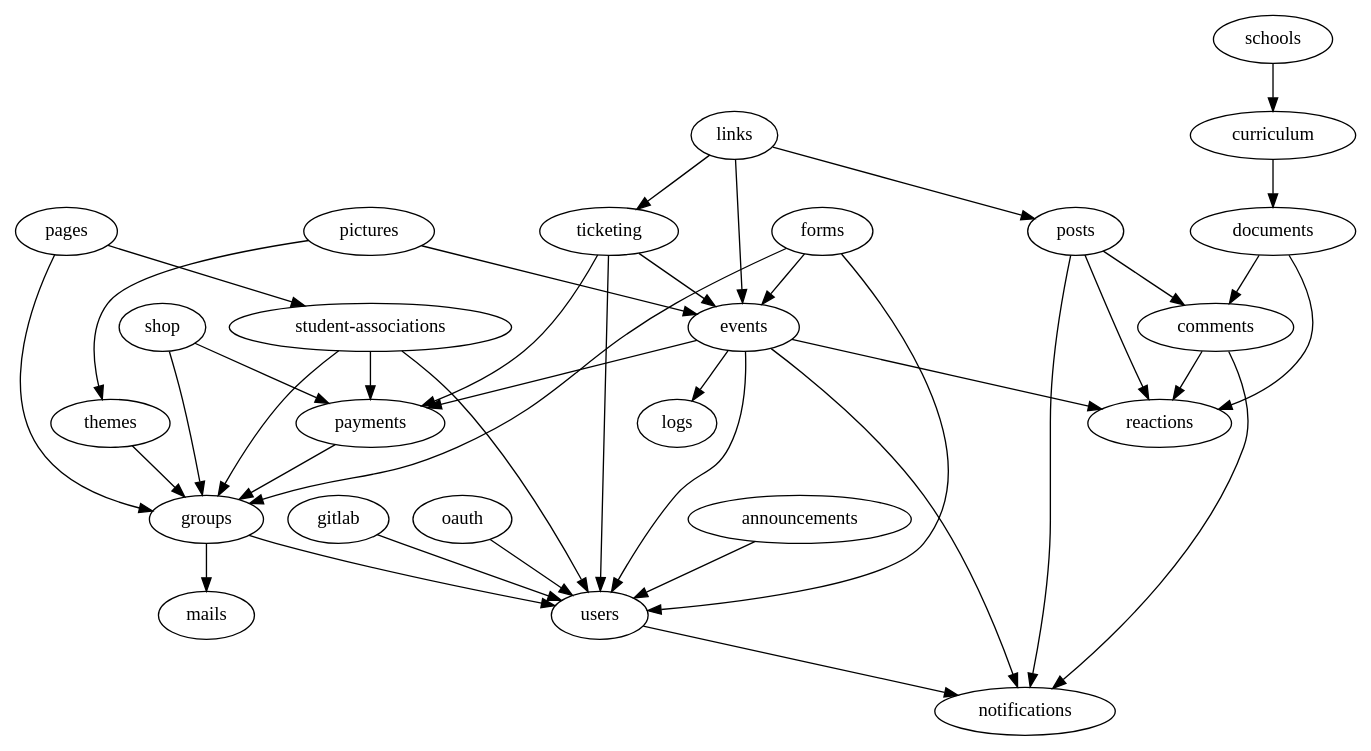
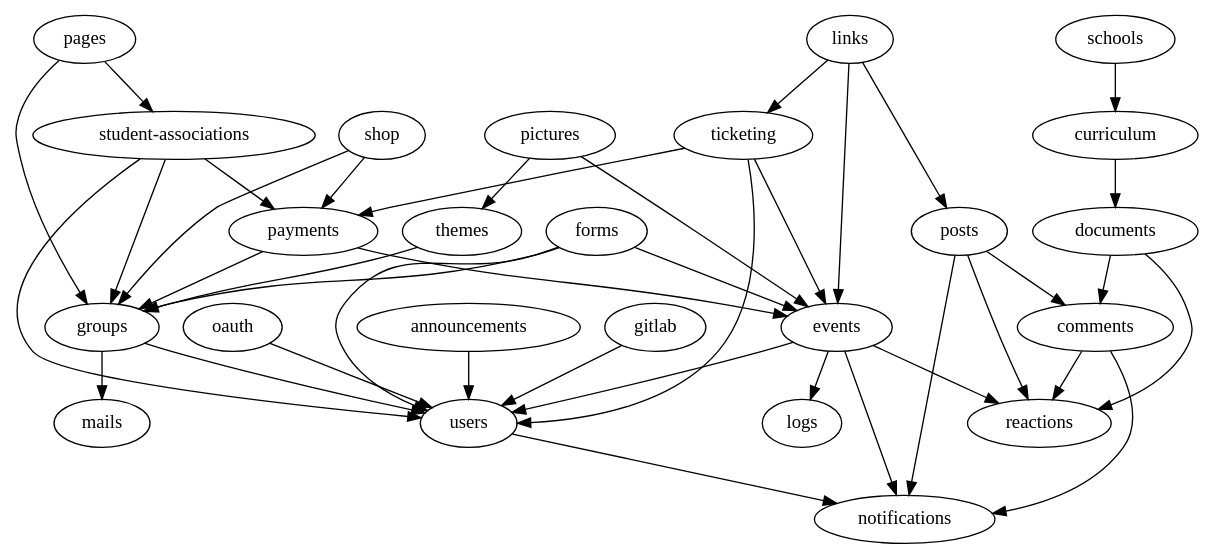
The diagram in packages/api/scripts/modules-import-graph.dot (inp-net/churros), drawn with Graphviz before and after one commit. The commit also changed 167 other files, not shown here.

```diff
--- a/packages/api/scripts/modules-import-graph.dot
+++ b/packages/api/scripts/modules-import-graph.dot
@@ -1,42 +1,42 @@
 strict digraph ImportGraph {
     "announcements" -> "users";
     "comments" -> "notifications";
     "comments" -> "reactions";
     "curriculum" -> "documents";
     "documents" -> "comments";
     "documents" -> "reactions";
     "events" -> "logs";
     "events" -> "notifications";
-    "events" -> "payments";
     "events" -> "reactions";
     "events" -> "users";
     "forms" -> "events";
     "forms" -> "groups";
     "forms" -> "users";
     "gitlab" -> "users";
     "groups" -> "mails";
     "groups" -> "users";
     "links" -> "events";
     "links" -> "posts";
     "links" -> "ticketing";
     "oauth" -> "users";
     "pages" -> "groups";
     "pages" -> "student-associations";
+    "payments" -> "events";
     "payments" -> "groups";
     "pictures" -> "events";
     "pictures" -> "themes";
     "posts" -> "comments";
     "posts" -> "notifications";
     "posts" -> "reactions";
     "schools" -> "curriculum";
     "shop" -> "groups";
     "shop" -> "payments";
     "student-associations" -> "groups";
     "student-associations" -> "payments";
     "student-associations" -> "users";
     "themes" -> "groups";
     "ticketing" -> "events";
     "ticketing" -> "payments";
     "ticketing" -> "users";
     "users" -> "notifications";
 }
```
